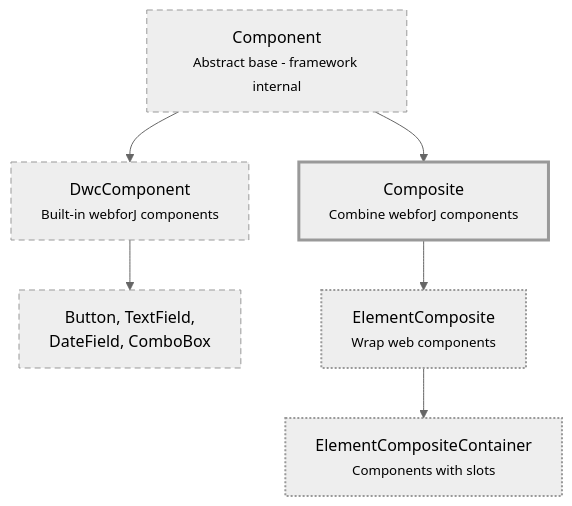
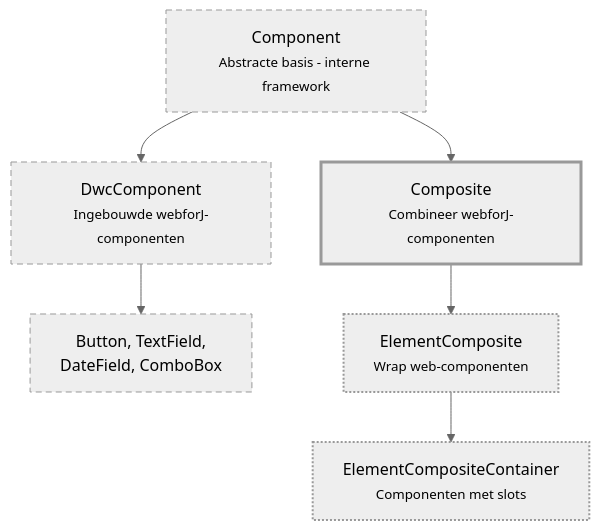
Before and after one commit to webforj/webforj-documentation: the diagram in docs/i18n/nl/docusaurus-plugin-content-docs/current/building-ui/component-fundamentals.md, drawn with Mermaid (neutral theme). The commit also changed other lines of this file and 1016 other files, not shown here.

````diff
--- a/docs/i18n/nl/docusaurus-plugin-content-docs/current/building-ui/component-fundamentals.md
+++ b/docs/i18n/nl/docusaurus-plugin-content-docs/current/building-ui/component-fundamentals.md
@@ -52,19 +55,19 @@
 ```mermaid
 graph TD
-  A[Component<br/><small>Abstract base - framework internal</small>]
-  
-  A --> B[DwcComponent<br/><small>Built-in webforJ components</small>]
-  A --> C[Composite<br/><small>Combine webforJ components</small>]
-  
+  A[Component<br/><small>Abstracte basis - interne framework</small>]
+
+  A --> B[DwcComponent<br/><small>Ingebouwde webforJ-componenten</small>]
+  A --> C[Composite<br/><small>Combineer webforJ-componenten</small>]
+
   B --> E[Button, TextField,<br/>DateField, ComboBox]
-  
-  C --> D[ElementComposite<br/><small>Wrap web components</small>]
-  D --> F[ElementCompositeContainer<br/><small>Components with slots</small>]
+
+  C --> D[ElementComposite<br/><small>Wrap web-componenten</small>]
+  D --> F[ElementCompositeContainer<br/><small>Componenten met slots</small>]
 
   classDef internal stroke-dasharray:6 4,stroke-width:1px
   classDef primary stroke-width:3px
   classDef secondary stroke-width:2px,stroke-dasharray:2 2
   class A,B,E internal
   class C primary
   class D,F secondary
 ```
````
